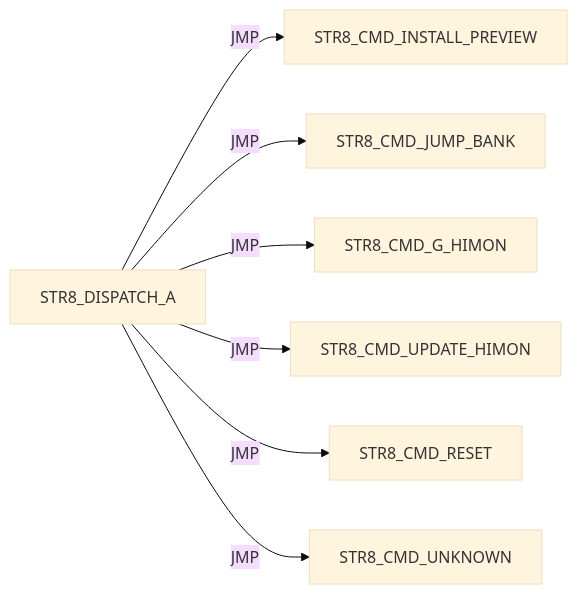
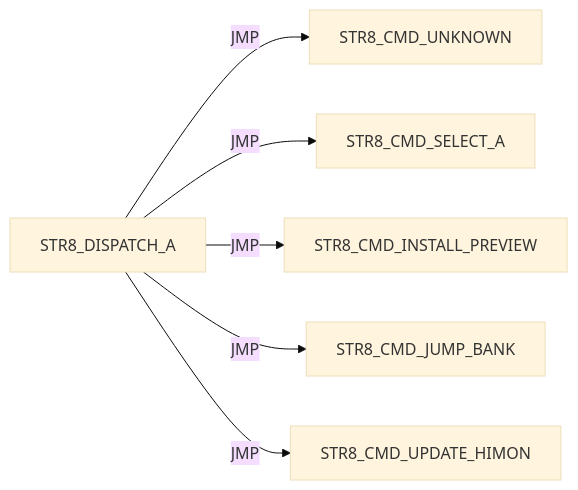
One commit to 95westus/R-YORS changed diagram 12 of 42 in DOC/GUIDES/STR8/STR8_EDGE_DUMP.md. Above: the diagram before and after it, drawn with Mermaid (base theme). The commit also changed other lines of this file and 33 other files, not shown here.

````diff
--- a/DOC/GUIDES/STR8/STR8_EDGE_DUMP.md
+++ b/DOC/GUIDES/STR8/STR8_EDGE_DUMP.md
@@ -187,9 +169,8 @@
 ```mermaid
 flowchart LR
-    N0["STR8_DISPATCH_A"] -->|JMP| N1["STR8_CMD_INSTALL_PREVIEW"]
-    N0["STR8_DISPATCH_A"] -->|JMP| N2["STR8_CMD_JUMP_BANK"]
-    N0["STR8_DISPATCH_A"] -->|JMP| N3["STR8_CMD_G_HIMON"]
-    N0["STR8_DISPATCH_A"] -->|JMP| N4["STR8_CMD_UPDATE_HIMON"]
-    N0["STR8_DISPATCH_A"] -->|JMP| N5["STR8_CMD_RESET"]
-    N0["STR8_DISPATCH_A"] -->|JMP| N6["STR8_CMD_UNKNOWN"]
+    N0["STR8_DISPATCH_A"] -->|JMP| N1["STR8_CMD_UNKNOWN"]
+    N0["STR8_DISPATCH_A"] -->|JMP| N2["STR8_CMD_SELECT_A"]
+    N0["STR8_DISPATCH_A"] -->|JMP| N3["STR8_CMD_INSTALL_PREVIEW"]
+    N0["STR8_DISPATCH_A"] -->|JMP| N4["STR8_CMD_JUMP_BANK"]
+    N0["STR8_DISPATCH_A"] -->|JMP| N5["STR8_CMD_UPDATE_HIMON"]
 ```
````
